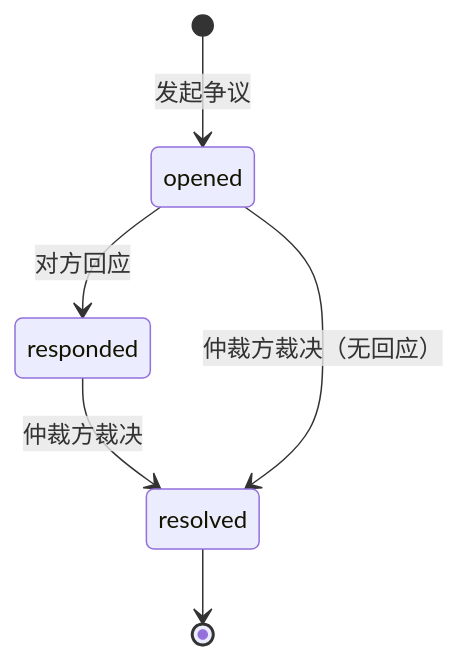
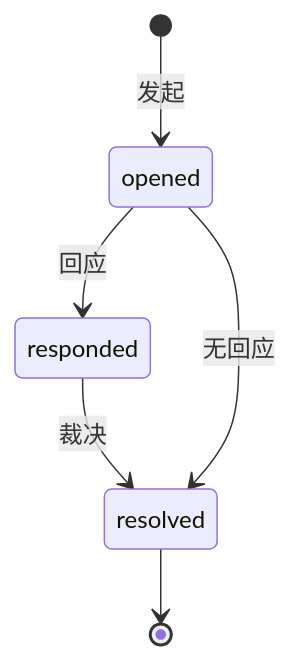
One commit to claw-network/clawnet changed the seventh of 7 diagrams in packages/docs/content/docs/getting-started/core-concepts/markets.zh.md. Above: the diagram before and after it, drawn with Mermaid. The commit also changed other lines of this file and 14 other files, not shown here.

First line of the commit message:
Refactor diagrams and improve clarity in DAO, Identity, Markets, Reputation, Service Contracts, and Wallet documentation

````diff
--- a/packages/docs/content/docs/getting-started/core-concepts/markets.zh.md
+++ b/packages/docs/content/docs/getting-started/core-concepts/markets.zh.md
@@ -198,8 +193,8 @@
 ```mermaid
 stateDiagram-v2
-    [*] --> opened: 发起争议
-    opened --> responded: 对方回应
-    responded --> resolved: 仲裁方裁决
+    [*] --> opened : 发起
+    opened --> responded : 回应
+    responded --> resolved : 裁决
     resolved --> [*]
-    opened --> resolved: 仲裁方裁决（无回应）
+    opened --> resolved : 无回应
 ```
````
